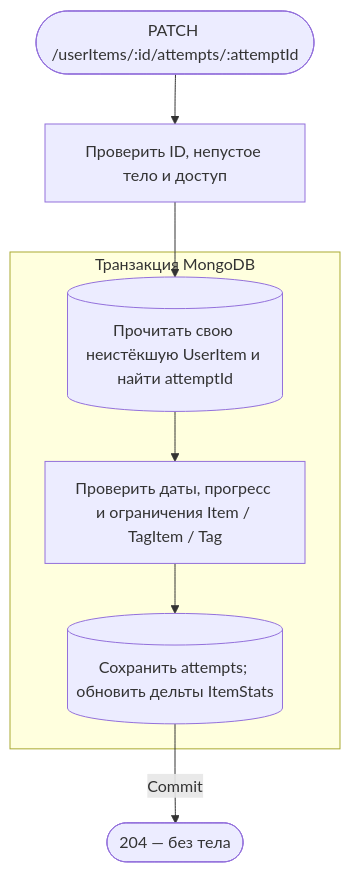
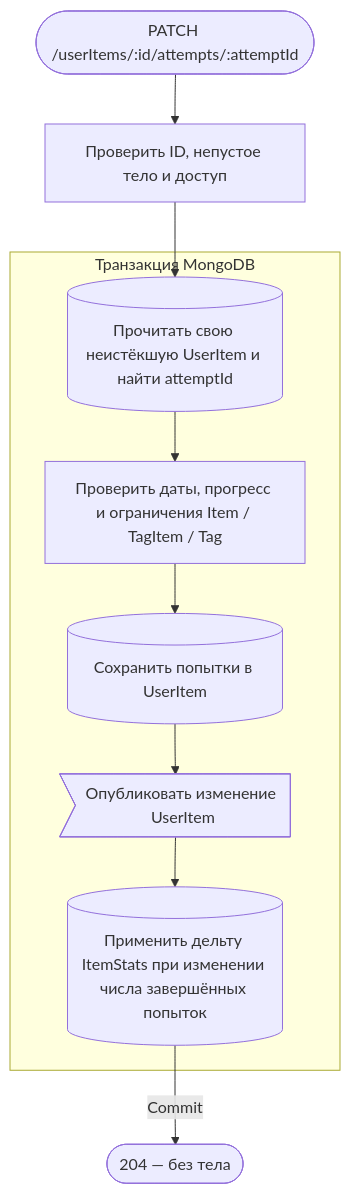
Before and after one commit to AmyGrooove/f95-tinder: the ninth of 9 diagrams in apps/api/public/docs/api/requestFlows/userItems.md, drawn with Mermaid. The commit also changed other lines of this file and 50 other files, not shown here.

````diff
--- a/apps/api/public/docs/api/requestFlows/userItems.md
+++ b/apps/api/public/docs/api/requestFlows/userItems.md
@@ -218,13 +225,15 @@
 ```mermaid
 flowchart TD
     accTitle: Изменение попытки просмотра
     accDescr: Найти попытку в собственной UserItem, проверить изменения и сохранить попытки со статистикой в одной транзакции
     A(["PATCH /userItems/:id/attempts/:attemptId"]):::http --> B["Проверить ID, непустое тело и доступ"]:::action
     subgraph TX["Транзакция MongoDB"]
         C[("Прочитать свою неистёкшую UserItem и найти attemptId")]:::data
         C --> D["Проверить даты, прогресс и ограничения Item / TagItem / Tag"]:::action
-        D --> E[("Сохранить attempts; обновить дельты ItemStats")]:::data
+        D --> E[("Сохранить попытки в UserItem")]:::data
+        E --> V>"Опубликовать изменение UserItem"]:::event
+        V --> S[("Применить дельту ItemStats при изменении числа завершённых попыток")]:::data
     end
     B --> C
-    E -->|Commit| R(["204 — без тела"]):::http
+    S -->|Commit| R(["204 — без тела"]):::http
 ```
````
